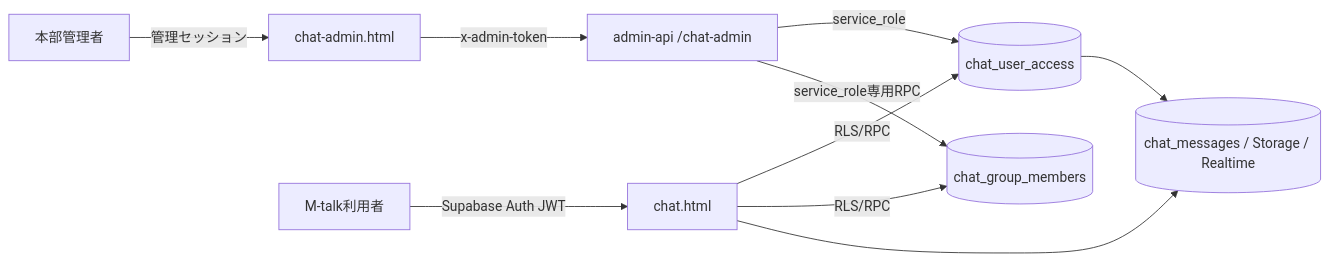
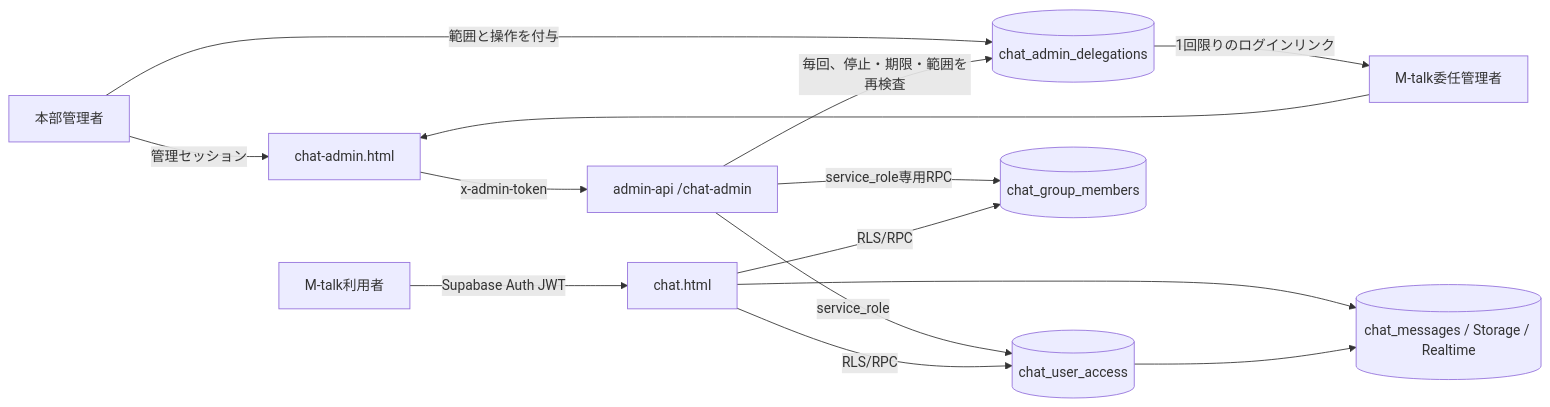
Before and after one commit to MARUGO-s/line_report: the diagram in docs/M-TALK-COMPLETE-GUIDE.md, drawn with Mermaid. The commit also changed other lines of this file and 29 other files, not shown here.

````diff
--- a/docs/M-TALK-COMPLETE-GUIDE.md
+++ b/docs/M-TALK-COMPLETE-GUIDE.md
@@ -438,12 +461,16 @@
 ```mermaid
 flowchart LR
   A[本部管理者] -->|管理セッション| B[chat-admin.html]
+  A -->|範囲と操作を付与| I[(chat_admin_delegations)]
+  I -->|1回限りのログインリンク| J[M-talk委任管理者]
+  J --> B
   B -->|x-admin-token| C[admin-api /chat-admin]
+  C -->|毎回、停止・期限・範囲を再検査| I
   C -->|service_role| D[(chat_user_access)]
   C -->|service_role専用RPC| E[(chat_group_members)]
   F[M-talk利用者] -->|Supabase Auth JWT| G[chat.html]
   G -->|RLS/RPC| D
   G -->|RLS/RPC| E
   G --> H[(chat_messages / Storage / Realtime)]
   D --> H
 ```
````
